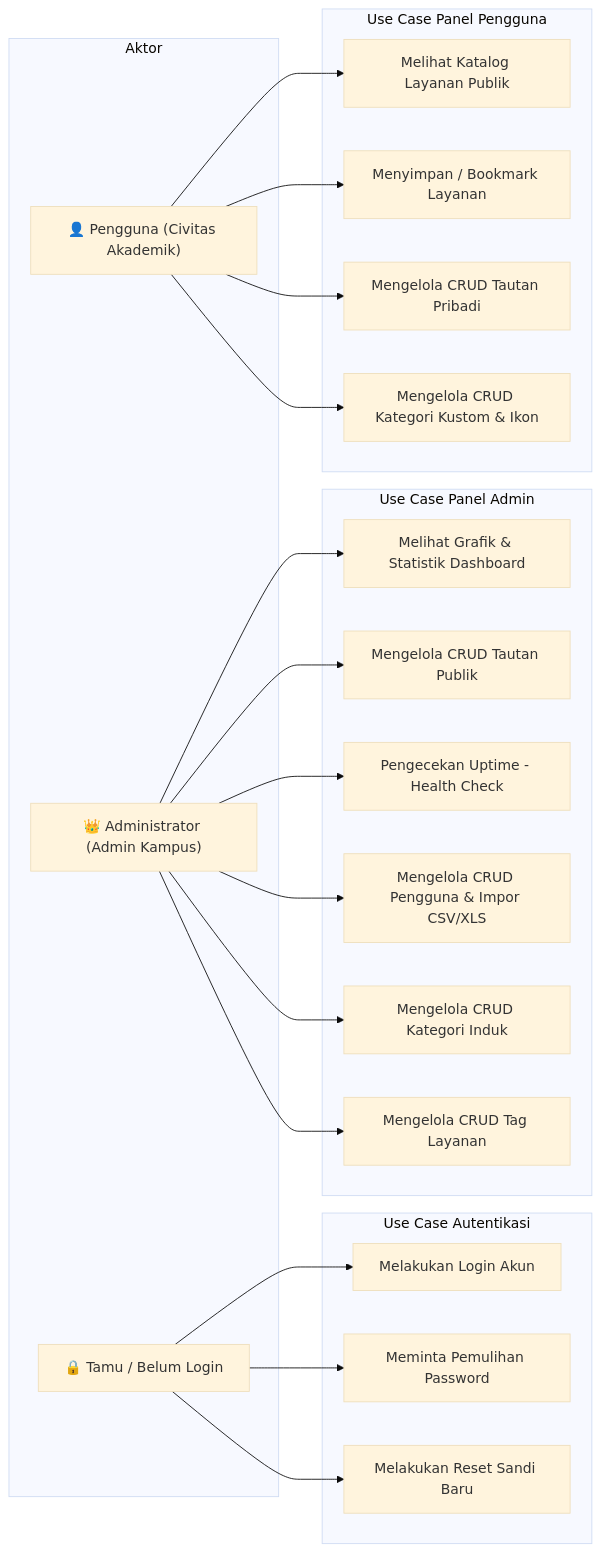
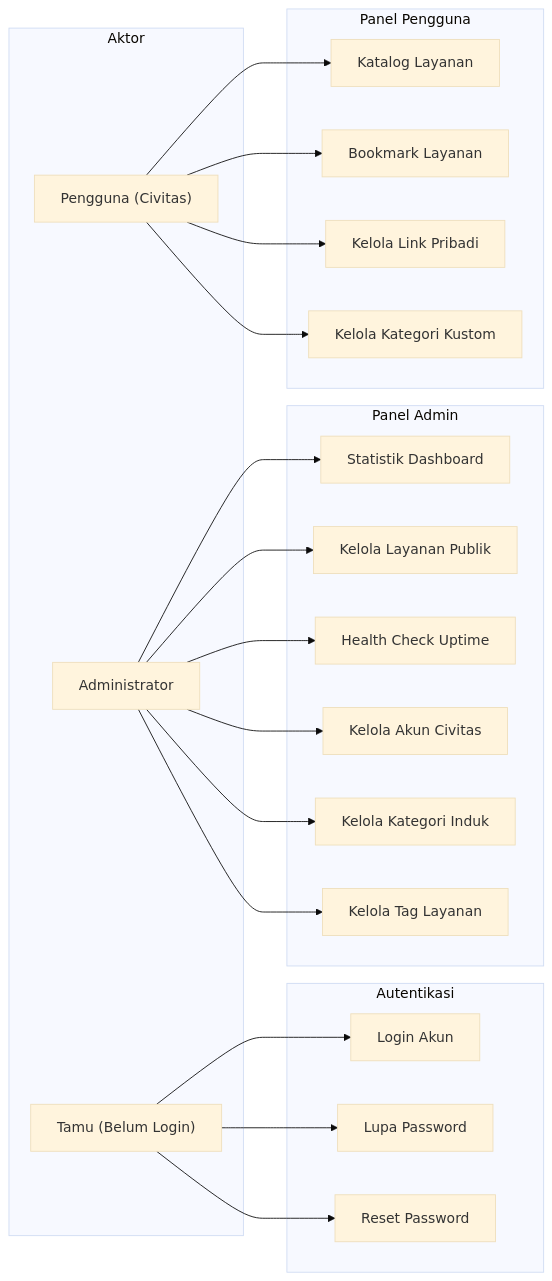
Before and after one commit to nizan12/portal-web: the second of 3 diagrams in explainationfungsi.md, drawn with Mermaid (base theme). The commit also changed other lines of this file, not shown here.

Commit message:
docs: remove emojis and refine Mermaid label sizes to prevent layout truncation on GitHub

````diff
--- a/explainationfungsi.md
+++ b/explainationfungsi.md
@@ -59,46 +59,46 @@
 ```mermaid
 graph LR
     subgraph Aktor
-        Admin["👑 Administrator (Admin Kampus)"]
-        User["👤 Pengguna (Civitas Akademik)"]
-        Tamu["🔒 Tamu / Belum Login"]
+        Admin["Administrator"]
+        User["Pengguna (Civitas)"]
+        Tamu["Tamu (Belum Login)"]
     end
 
-    subgraph "Use Case Autentikasi"
-        UC_Login["Melakukan Login Akun"]
-        UC_Forgot["Meminta Pemulihan Password"]
-        UC_Reset["Melakukan Reset Sandi Baru"]
+    subgraph "Autentikasi"
+        UC_Login["Login Akun"]
+        UC_Forgot["Lupa Password"]
+        UC_Reset["Reset Password"]
     end
 
-    subgraph "Use Case Panel Admin"
-        UC_Dash["Melihat Grafik & Statistik Dashboard"]
-        UC_PubLink["Mengelola CRUD Tautan Publik"]
-        UC_Health["Pengecekan Uptime - Health Check"]
-        UC_Users["Mengelola CRUD Pengguna & Impor CSV/XLS"]
-        UC_Cat["Mengelola CRUD Kategori Induk"]
-        UC_Tag["Mengelola CRUD Tag Layanan"]
+    subgraph "Panel Admin"
+        UC_Dash["Statistik Dashboard"]
+        UC_PubLink["Kelola Layanan Publik"]
+        UC_Health["Health Check Uptime"]
+        UC_Users["Kelola Akun Civitas"]
+        UC_Cat["Kelola Kategori Induk"]
+        UC_Tag["Kelola Tag Layanan"]
     end
 
-    subgraph "Use Case Panel Pengguna"
-        UC_Katalog["Melihat Katalog Layanan Publik"]
-        UC_Save["Menyimpan / Bookmark Layanan"]
-        UC_PriLink["Mengelola CRUD Tautan Pribadi"]
-        UC_UserCat["Mengelola CRUD Kategori Kustom & Ikon"]
+    subgraph "Panel Pengguna"
+        UC_Katalog["Katalog Layanan"]
+        UC_Save["Bookmark Layanan"]
+        UC_PriLink["Kelola Link Pribadi"]
+        UC_UserCat["Kelola Kategori Kustom"]
     end
 
     Tamu --> UC_Login
     Tamu --> UC_Forgot
     Tamu --> UC_Reset
 
     Admin --> UC_Dash
     Admin --> UC_PubLink
     Admin --> UC_Health
     Admin --> UC_Users
     Admin --> UC_Cat
     Admin --> UC_Tag
 
     User --> UC_Katalog
     User --> UC_Save
     User --> UC_PriLink
     User --> UC_UserCat
 ```
````
